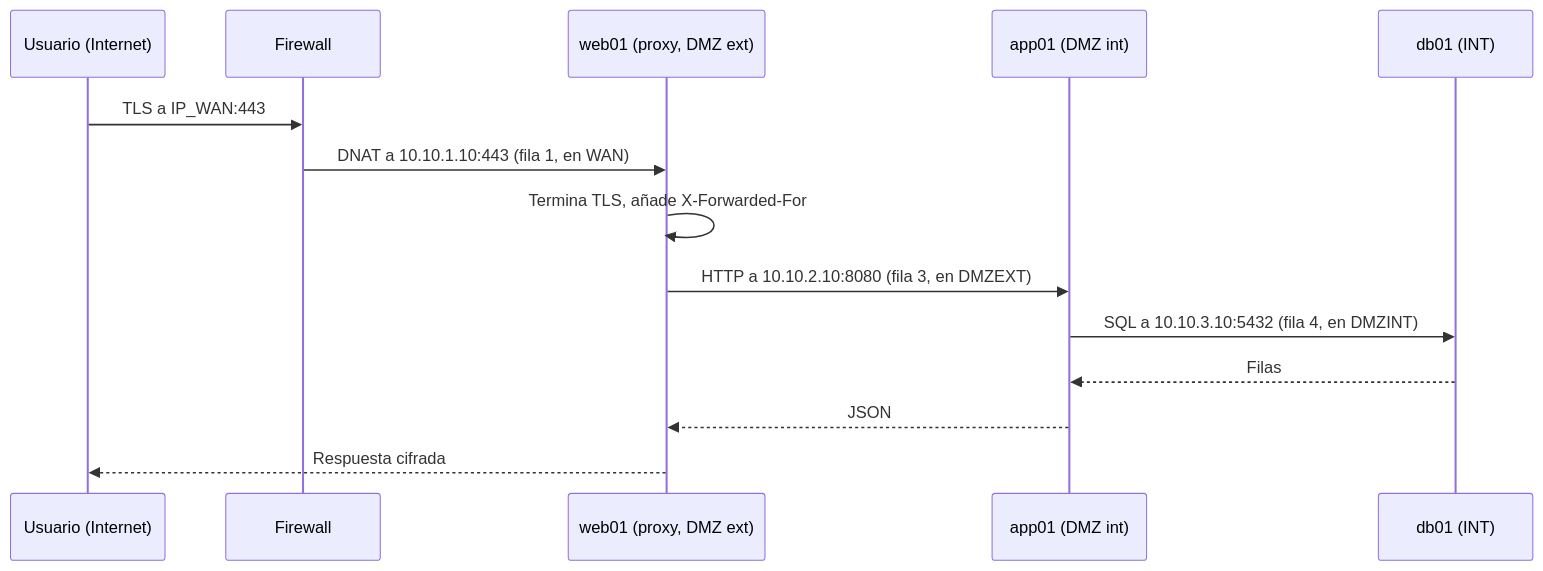
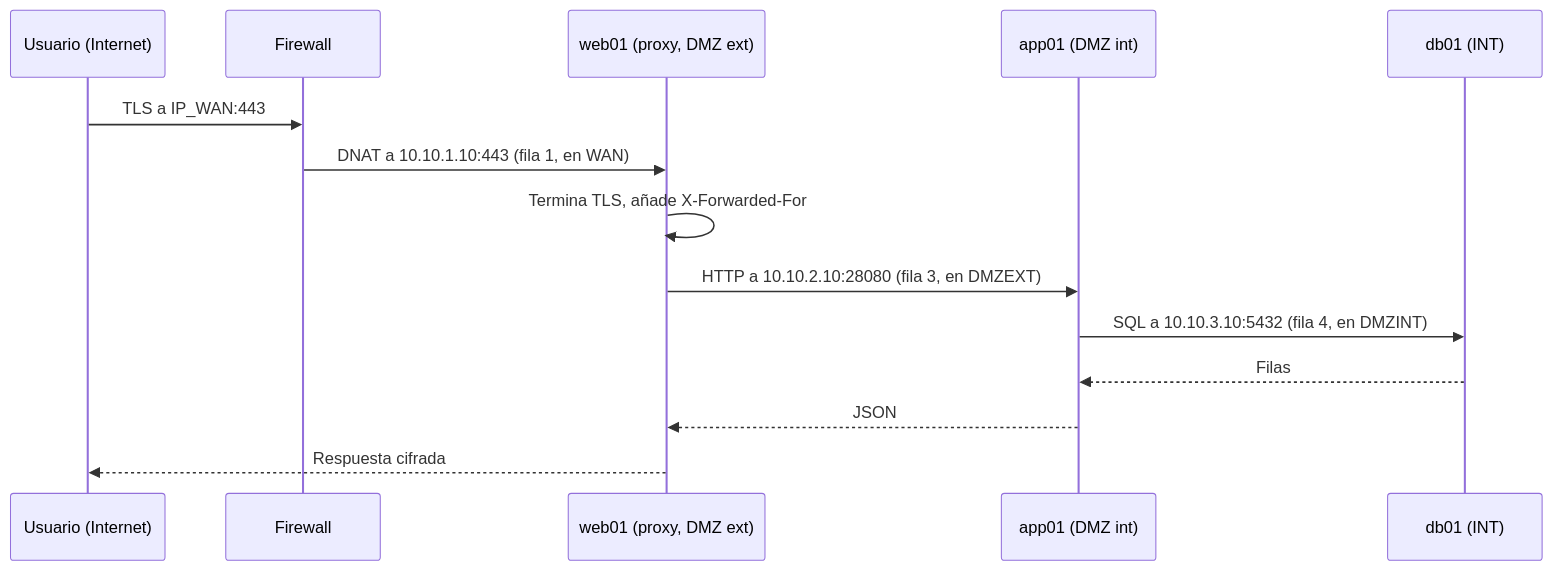
Before and after one commit to victor-educ/apuntes-5166: the fifth of 5 diagrams in docs/ut/ut3-seguridad-por-capas.md, drawn with Mermaid. The commit also changed other lines of this file and 12 other files, not shown here.

````diff
--- a/docs/ut/ut3-seguridad-por-capas.md
+++ b/docs/ut/ut3-seguridad-por-capas.md
@@ -547,16 +547,16 @@
 ```mermaid
 sequenceDiagram
     participant U as Usuario (Internet)
     participant FW as Firewall
     participant P as web01 (proxy, DMZ ext)
     participant A as app01 (DMZ int)
     participant D as db01 (INT)
     U->>FW: TLS a IP_WAN:443
     FW->>P: DNAT a 10.10.1.10:443 (fila 1, en WAN)
     P->>P: Termina TLS, añade X-Forwarded-For
-    P->>A: HTTP a 10.10.2.10:8080 (fila 3, en DMZEXT)
+    P->>A: HTTP a 10.10.2.10:28080 (fila 3, en DMZEXT)
     A->>D: SQL a 10.10.3.10:5432 (fila 4, en DMZINT)
     D-->>A: Filas
     A-->>P: JSON
     P-->>U: Respuesta cifrada
 ```
````
